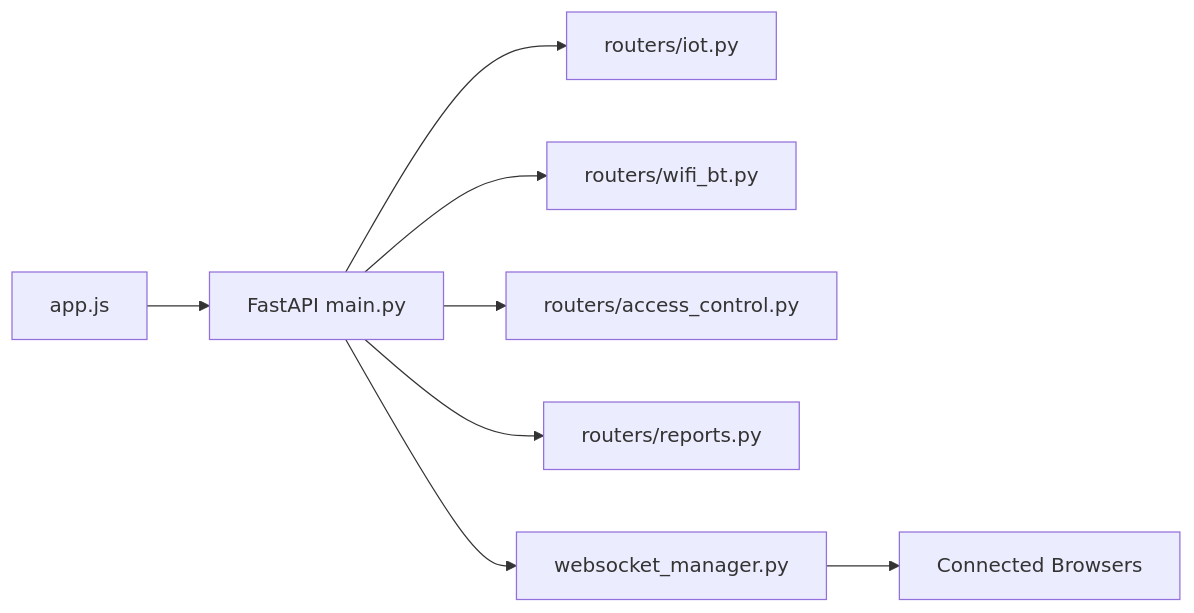
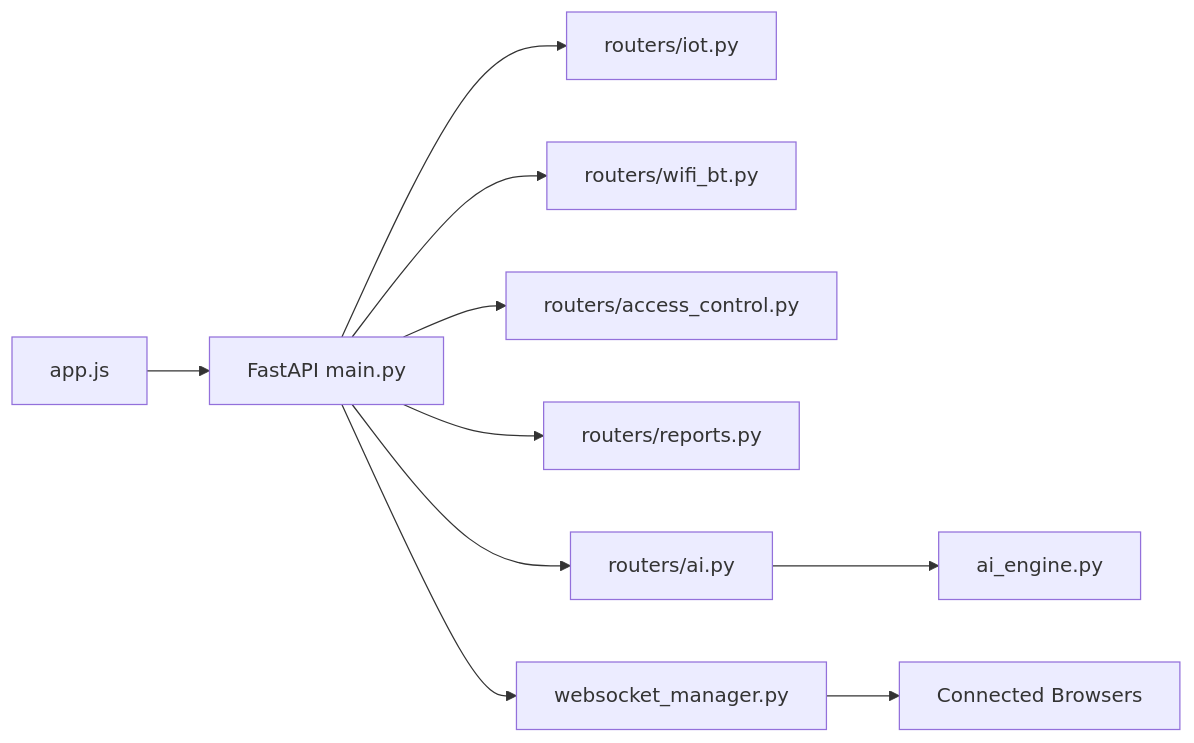
Diagram 11 of 11 in .qoder/repowiki/en/content/Frontend Dashboard.md (MohandWaleed3/PentexOne), drawn with Mermaid before and after one commit. The commit also changed other lines of this file and 16 other files, not shown here.

````diff
--- a/.qoder/repowiki/en/content/Frontend Dashboard.md
+++ b/.qoder/repowiki/en/content/Frontend Dashboard.md
@@ -348,10 +390,12 @@
 ```mermaid
 graph LR
 JS["app.js"] --> API["FastAPI main.py"]
 API --> IOT["routers/iot.py"]
 API --> WIFI["routers/wifi_bt.py"]
 API --> RFID["routers/access_control.py"]
 API --> REP["routers/reports.py"]
+API --> AI["routers/ai.py"]
 API --> WS["websocket_manager.py"]
 WS --> Clients["Connected Browsers"]
+AI --> Engine["ai_engine.py"]
 ```
````
